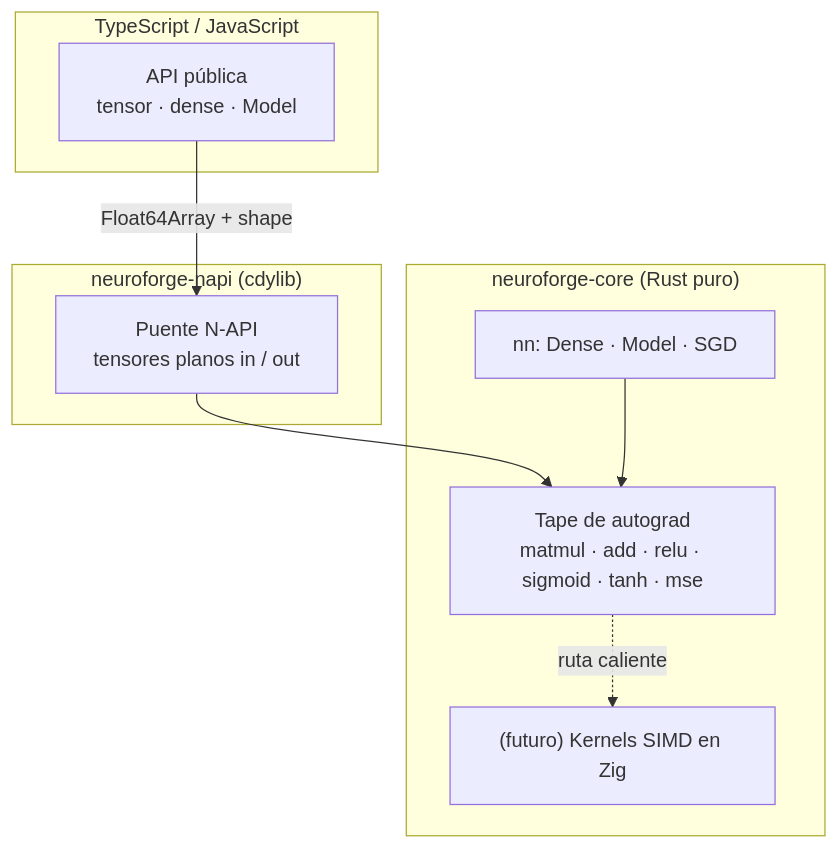
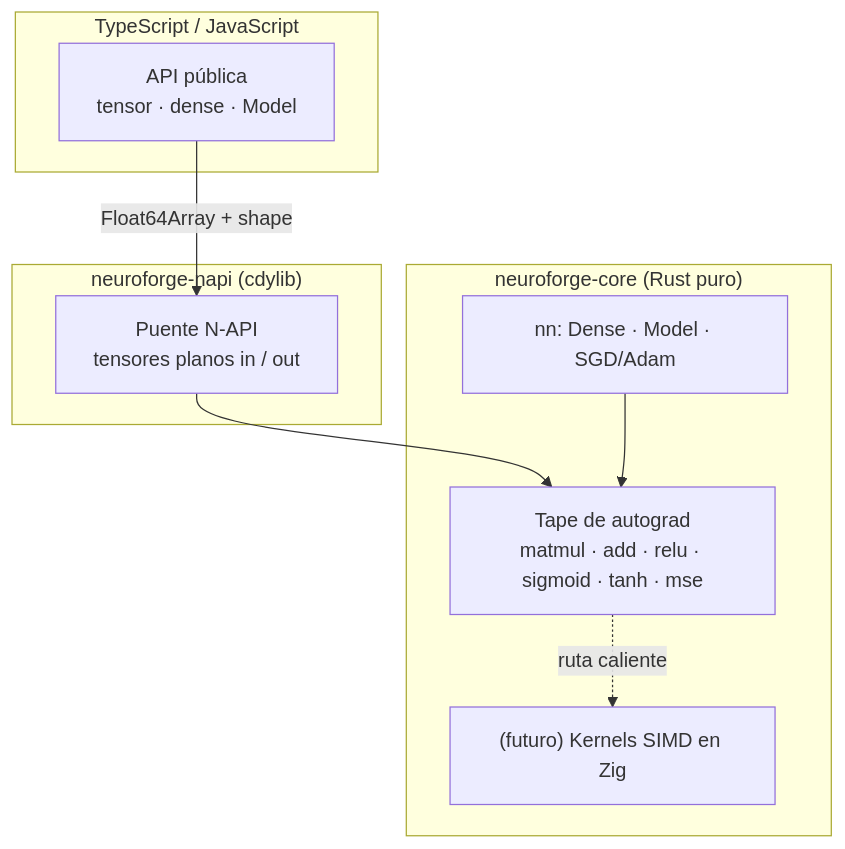
One commit to Brashkie/Intellivium changed the diagram in README.es.md. Above: the diagram before and after it, drawn with Mermaid. The commit also changed other lines of this file and 43 other files, not shown here.

````diff
--- a/README.es.md
+++ b/README.es.md
@@ -90,18 +95,18 @@
 ```mermaid
 flowchart TD
     subgraph JS["TypeScript / JavaScript"]
         A["API pública<br/>tensor · dense · Model"]
     end
     subgraph NAPI["neuroforge-napi (cdylib)"]
         B["Puente N-API<br/>tensores planos in / out"]
     end
     subgraph CORE["neuroforge-core (Rust puro)"]
         C["Tape de autograd<br/>matmul · add · relu · sigmoid · tanh · mse"]
-        D["nn: Dense · Model · SGD"]
+        D["nn: Dense · Model · SGD/Adam"]
         E["(futuro) Kernels SIMD en Zig"]
     end
     A -->|Float64Array + shape| B
     B --> C
     D --> C
     C -.->|ruta caliente| E
 ```
````
